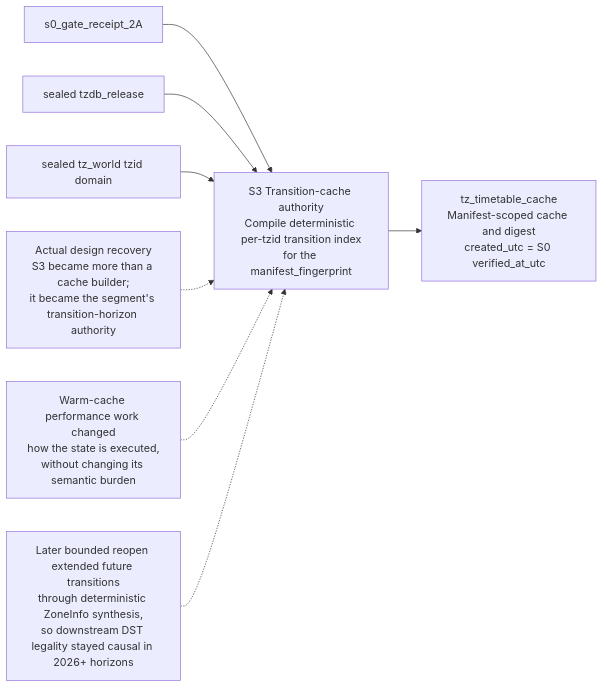
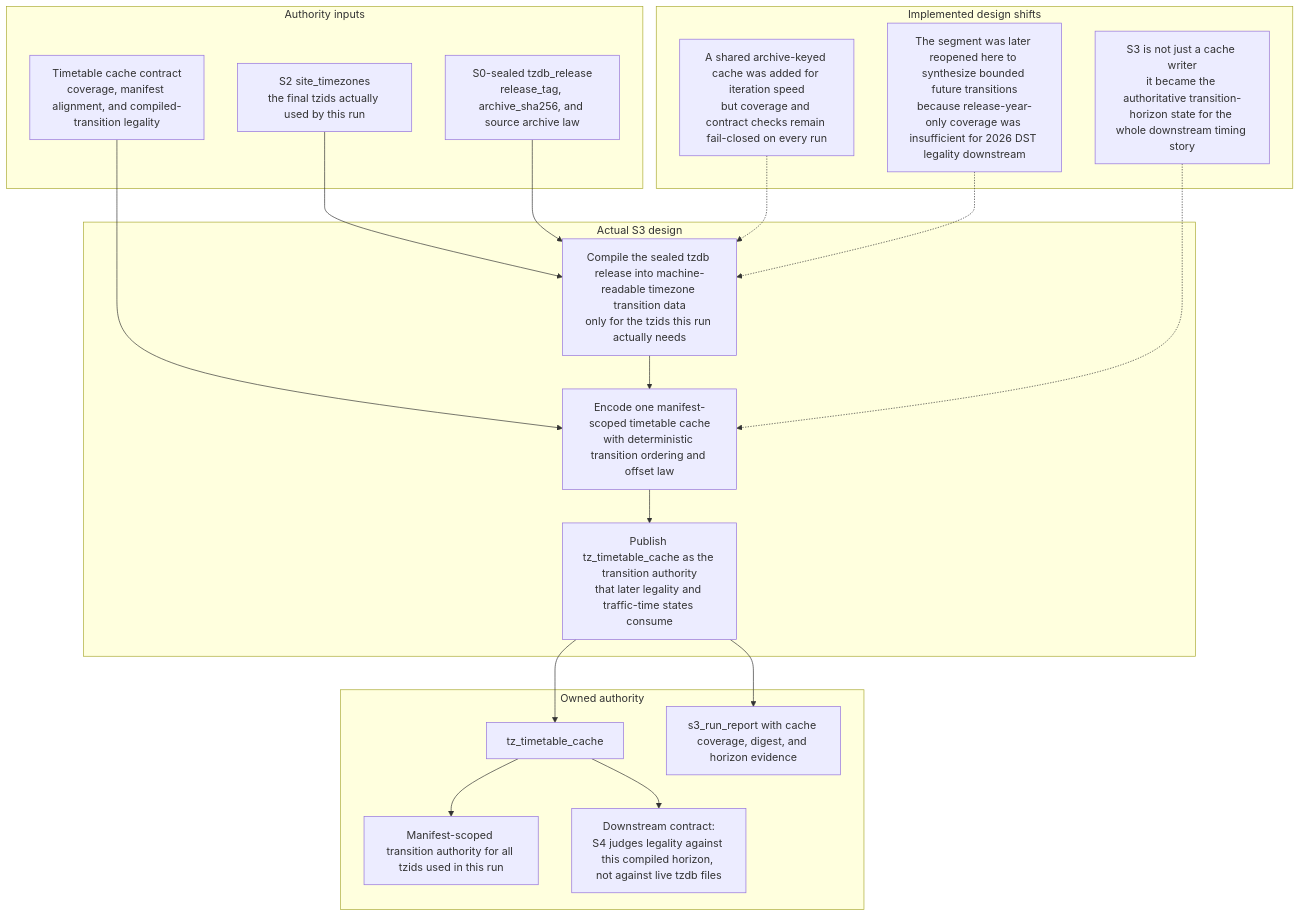
One commit to EsosaOrumwese/fraud-detection-system changed the diagram in docs/design/data-engine/layer-1/2A/2A-S3-design-flow.mmd. Above: the diagram before and after it, drawn with Mermaid. The commit also changed 56 other files, not shown here.

First line of the commit message:
Refactor design flows for segments 3B and 5A to enhance clarity and authority structure

```diff
--- a/docs/design/data-engine/layer-1/2A/2A-S3-design-flow.mmd
+++ b/docs/design/data-engine/layer-1/2A/2A-S3-design-flow.mmd
@@ -1,21 +1,39 @@
-flowchart LR
-  I1["s0_gate_receipt_2A"]
-  I2["sealed tzdb_release"]
-  I3["sealed tz_world tzid domain"]
+flowchart TD
+  subgraph inputs["Authority inputs"]
+    I1["S2 site_timezones<br/>the final tzids actually used by this run"]
+    I2["S0-sealed tzdb_release<br/>release_tag, archive_sha256, and source archive law"]
+    I3["Timetable cache contract<br/>coverage, manifest alignment, and compiled-transition legality"]
+  end
 
-  S3["S3 Transition-cache authority<br/>Compile deterministic per-tzid transition index<br/>for the manifest_fingerprint"]
+  subgraph core["Actual S3 design"]
+    C1["Compile the sealed tzdb release into machine-readable timezone transition data<br/>only for the tzids this run actually needs"]
+    C2["Encode one manifest-scoped timetable cache<br/>with deterministic transition ordering and offset law"]
+    C3["Publish tz_timetable_cache as the transition authority<br/>that later legality and traffic-time states consume"]
+  end
 
-  O1["tz_timetable_cache<br/>Manifest-scoped cache and digest<br/>created_utc = S0 verified_at_utc"]
+  subgraph shifts["Implemented design shifts"]
+    S1["S3 is not just a cache writer<br/>it became the authoritative transition-horizon state for the whole downstream timing story"]
+    S2["A shared archive-keyed cache was added for iteration speed<br/>but coverage and contract checks remain fail-closed on every run"]
+    S3["The segment was later reopened here to synthesize bounded future transitions<br/>because release-year-only coverage was insufficient for 2026 DST legality downstream"]
+  end
 
-  I1 --> S3
-  I2 --> S3
-  I3 --> S3
-  S3 --> O1
+  subgraph outputs["Owned authority"]
+    O1["tz_timetable_cache"]
+    O2["s3_run_report with cache coverage, digest, and horizon evidence"]
+    O3["Manifest-scoped transition authority for all tzids used in this run"]
+    O4["Downstream contract:<br/>S4 judges legality against this compiled horizon, not against live tzdb files"]
+  end
 
-  R1["Actual design recovery<br/>S3 became more than a cache builder;<br/>it became the segment's transition-horizon authority"]
-  R2["Warm-cache performance work changed<br/>how the state is executed,<br/>without changing its semantic burden"]
-  R3["Later bounded reopen extended future transitions<br/>through deterministic ZoneInfo synthesis,<br/>so downstream DST legality stayed causal in 2026+ horizons"]
+  I1 --> C1
+  I2 --> C1
+  I3 --> C2
+  C1 --> C2 --> C3
 
-  R1 -.-> S3
-  R2 -.-> S3
-  R3 -.-> S3
+  C3 --> O1
+  C3 --> O2
+  O1 --> O3
+  O1 --> O4
+
+  S1 -.-> C2
+  S2 -.-> C1
+  S3 -.-> C1
```
